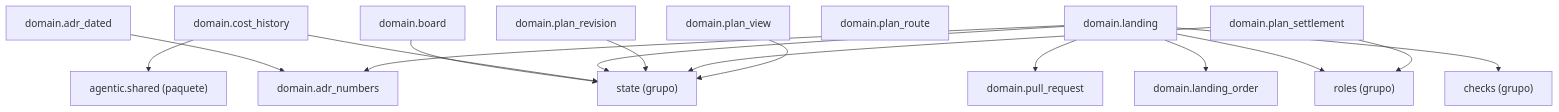
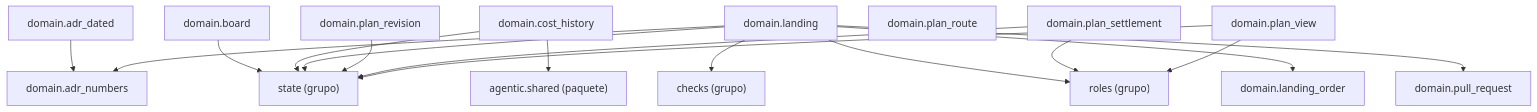
The diagram in docs/architecture/generated/packages-process-domain-landing.md (GonzaloZevallos/agentic-system), drawn with Mermaid before and after one commit. The commit also changed other lines of this file and 19 other files, not shown here.

Commit message:
Regenerate the architecture pages for the roles cluster

````diff
--- a/docs/architecture/generated/packages-process-domain-landing.md
+++ b/docs/architecture/generated/packages-process-domain-landing.md
@@ -12,32 +11,33 @@
 ```mermaid
 graph TD
     g_domain__checks["checks (grupo)"]
     g_domain__roles["roles (grupo)"]
     g_domain__state["state (grupo)"]
     g_pkg__agentic__shared["agentic.shared (paquete)"]
     m_domain__adr_dated["domain.adr_dated"]
     m_domain__adr_numbers["domain.adr_numbers"]
     m_domain__board["domain.board"]
     m_domain__cost_history["domain.cost_history"]
     m_domain__landing["domain.landing"]
     m_domain__landing_order["domain.landing_order"]
     m_domain__plan_revision["domain.plan_revision"]
     m_domain__plan_route["domain.plan_route"]
     m_domain__plan_settlement["domain.plan_settlement"]
     m_domain__plan_view["domain.plan_view"]
     m_domain__pull_request["domain.pull_request"]
     m_domain__adr_dated --> m_domain__adr_numbers
     m_domain__board --> g_domain__state
     m_domain__cost_history --> g_domain__state
     m_domain__cost_history --> g_pkg__agentic__shared
     m_domain__landing --> g_domain__checks
     m_domain__landing --> g_domain__roles
     m_domain__landing --> g_domain__state
     m_domain__landing --> m_domain__adr_numbers
     m_domain__landing --> m_domain__landing_order
     m_domain__landing --> m_domain__pull_request
     m_domain__plan_revision --> g_domain__state
     m_domain__plan_settlement --> g_domain__roles
     m_domain__plan_settlement --> g_domain__state
+    m_domain__plan_view --> g_domain__roles
     m_domain__plan_view --> g_domain__state
 ```
````
